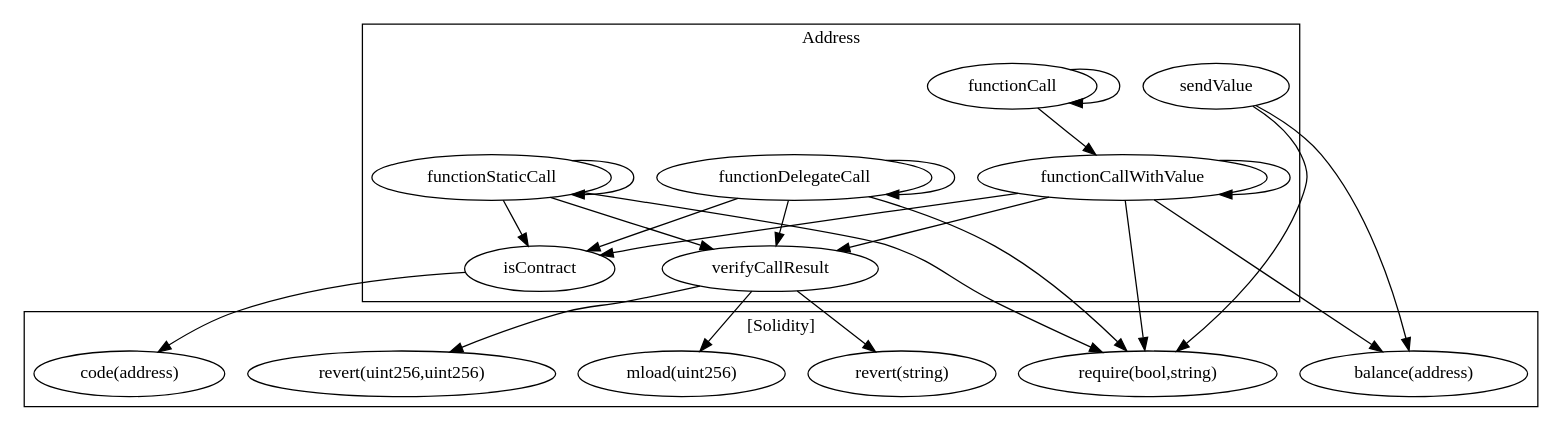
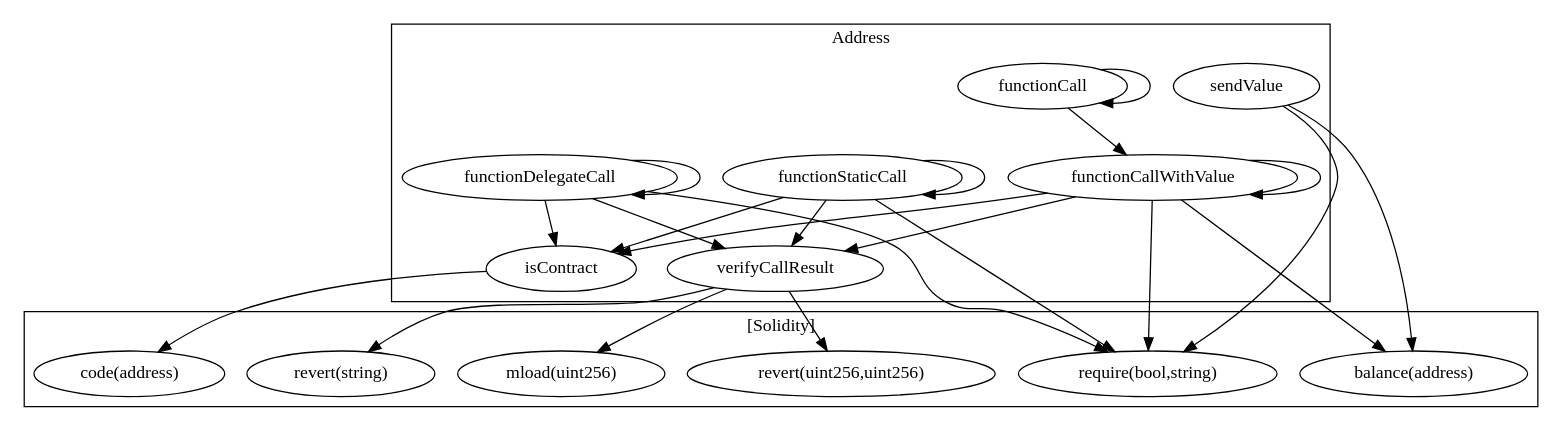
The diagram in contracts/build/...Address.call-graph.dot (FlipsideCrypto/badger), drawn with Graphviz before and after one commit. The commit also changed other lines of this file and 20 other files, not shown here.

```diff
--- a/contracts/build/...Address.call-graph.dot
+++ b/contracts/build/...Address.call-graph.dot
@@ -1,41 +1,41 @@
 strict digraph {
 subgraph cluster_2421_Address {
 label = "Address"
 "2421_isContract" [label="isContract"]
 "2421_functionCall" [label="functionCall"]
-"2421_functionStaticCall" [label="functionStaticCall"]
-"2421_verifyCallResult" [label="verifyCallResult"]
-"2421_functionCallWithValue" [label="functionCallWithValue"]
 "2421_sendValue" [label="sendValue"]
 "2421_functionDelegateCall" [label="functionDelegateCall"]
+"2421_verifyCallResult" [label="verifyCallResult"]
+"2421_functionStaticCall" [label="functionStaticCall"]
+"2421_functionCallWithValue" [label="functionCallWithValue"]
+"2421_functionStaticCall" -> "2421_functionStaticCall"
+"2421_functionStaticCall" -> "2421_isContract"
 "2421_functionDelegateCall" -> "2421_isContract"
+"2421_functionStaticCall" -> "2421_verifyCallResult"
+"2421_functionDelegateCall" -> "2421_verifyCallResult"
+"2421_functionCallWithValue" -> "2421_verifyCallResult"
+"2421_functionCallWithValue" -> "2421_functionCallWithValue"
 "2421_functionCallWithValue" -> "2421_isContract"
-"2421_functionCallWithValue" -> "2421_functionCallWithValue"
-"2421_functionStaticCall" -> "2421_functionStaticCall"
+"2421_functionCall" -> "2421_functionCallWithValue"
+"2421_functionCall" -> "2421_functionCall"
 "2421_functionDelegateCall" -> "2421_functionDelegateCall"
-"2421_functionStaticCall" -> "2421_isContract"
-"2421_functionStaticCall" -> "2421_verifyCallResult"
-"2421_functionCall" -> "2421_functionCallWithValue"
-"2421_functionCallWithValue" -> "2421_verifyCallResult"
-"2421_functionCall" -> "2421_functionCall"
-"2421_functionDelegateCall" -> "2421_verifyCallResult"
 }subgraph cluster_solidity {
 label = "[Solidity]"
+"mload(uint256)" 
+"revert(string)" 
+"revert(uint256,uint256)" 
 "require(bool,string)" 
-"revert(uint256,uint256)" 
-"revert(string)" 
+"balance(address)" 
 "code(address)" 
-"balance(address)" 
-"mload(uint256)" 
 "2421_functionStaticCall" -> "require(bool,string)"
-"2421_sendValue" -> "balance(address)"
+"2421_verifyCallResult" -> "mload(uint256)"
+"2421_sendValue" -> "require(bool,string)"
+"2421_functionDelegateCall" -> "require(bool,string)"
 "2421_verifyCallResult" -> "revert(uint256,uint256)"
 "2421_functionCallWithValue" -> "require(bool,string)"
 "2421_functionCallWithValue" -> "balance(address)"
-"2421_sendValue" -> "require(bool,string)"
+"2421_verifyCallResult" -> "revert(string)"
+"2421_sendValue" -> "balance(address)"
 "2421_isContract" -> "code(address)"
-"2421_verifyCallResult" -> "revert(string)"
-"2421_verifyCallResult" -> "mload(uint256)"
-"2421_functionDelegateCall" -> "require(bool,string)"
 }
 }
```
